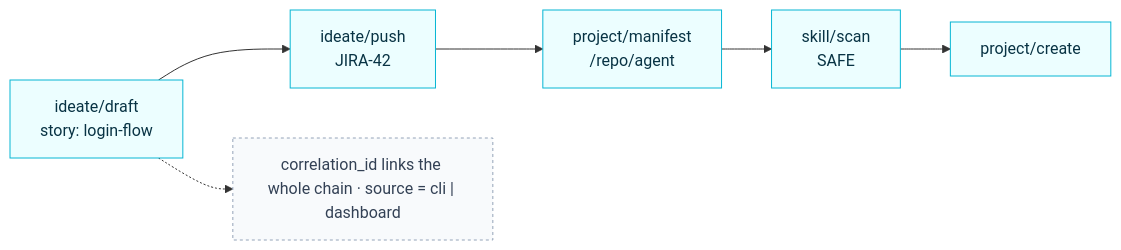
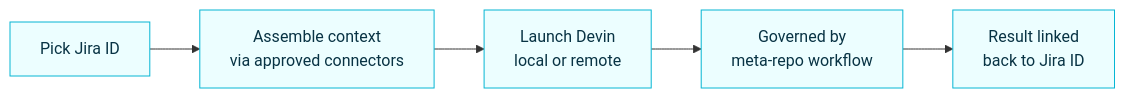
Before and after one commit to VcCorg/keelyard: the third of 3 diagrams in docs/design/01-development-lifecycle.md, drawn with Mermaid. The commit also changed other lines of this file and 2 other files, not shown here.

````diff
--- a/docs/design/01-development-lifecycle.md
+++ b/docs/design/01-development-lifecycle.md
@@ -93,11 +105,7 @@
 ```mermaid
 flowchart LR
-  S["ideate/draft<br/>story: login-flow"] --> J["ideate/push<br/>JIRA-42"] --> M["project/manifest<br/>/repo/agent"] --> K["skill/scan<br/>SAFE"] --> P["project/create"]
-  note["correlation_id links the whole chain · source = cli | dashboard"]
-  S -.-> note
+  A["Pick Jira ID"] --> B["Assemble context<br/>via approved connectors"] --> C["Launch Devin<br/>local or remote"] --> D["Governed by<br/>meta-repo workflow"] --> E["Result linked<br/>back to Jira ID"]
 
   classDef step fill:#ecfeff,stroke:#06b6d4,color:#083344;
-  classDef meta fill:#f8fafc,stroke:#94a3b8,color:#334155,stroke-dasharray:3 3;
-  class S,J,M,K,P step;
-  class note meta;
+  class A,B,C,D,E step;
 ```
````
